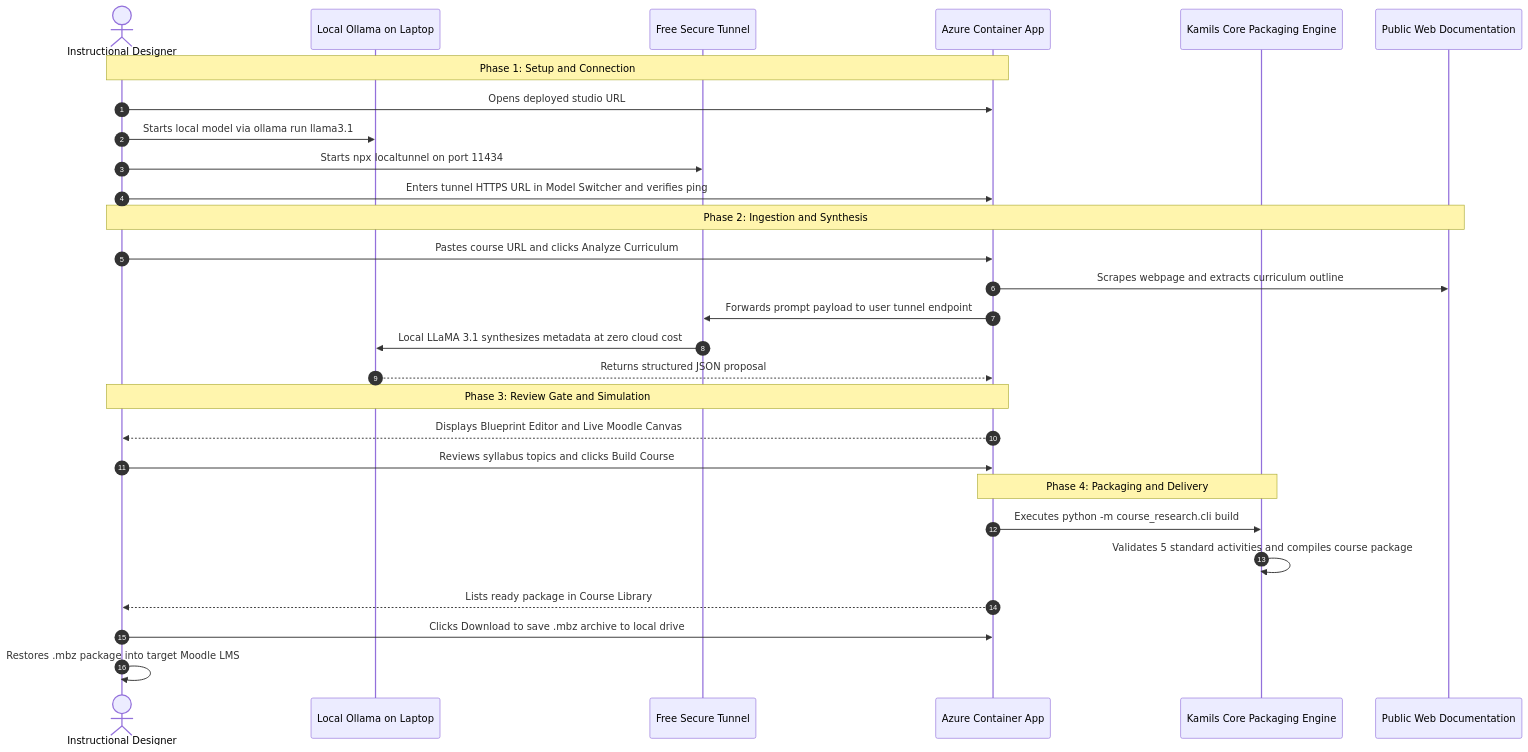
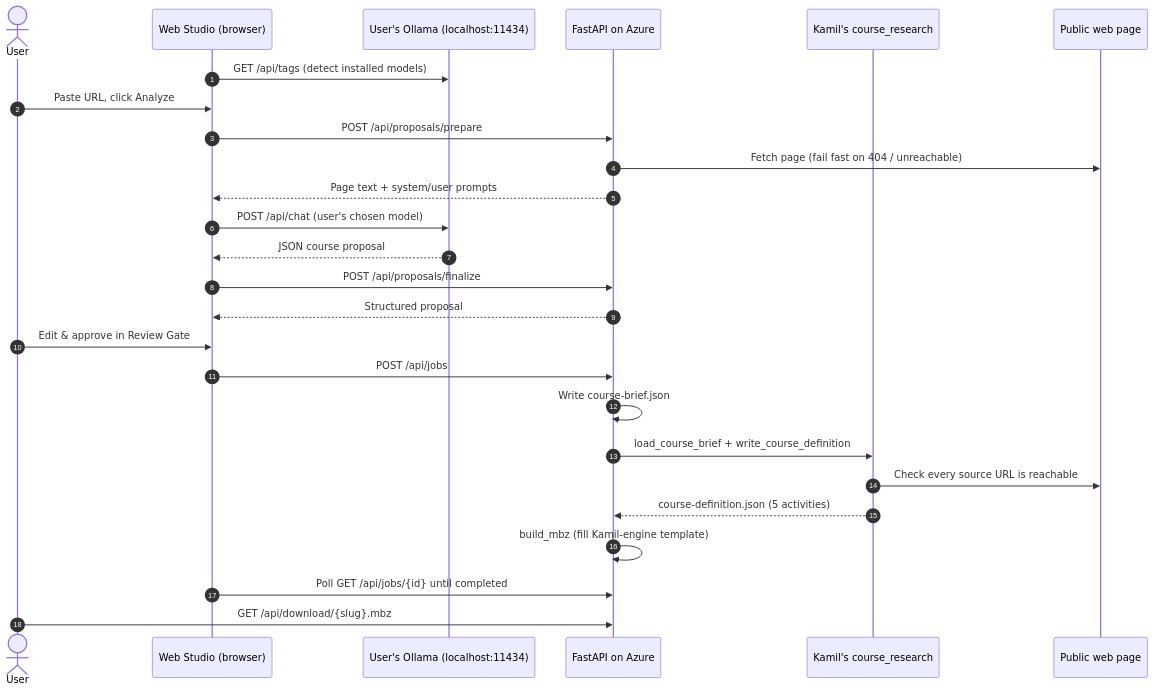
One commit to fusionAIx-TechPack/LMS01-fx-learning-agent changed the diagram in ARCHITECTURE.md. Above: the diagram before and after it, drawn with Mermaid. The commit also changed other lines of this file and 10 other files, not shown here.

````diff
--- a/ARCHITECTURE.md
+++ b/ARCHITECTURE.md
@@ -93,34 +58,29 @@
 ```mermaid
 sequenceDiagram
     autonumber
-    actor User as Instructional Designer
-    participant Ollama as Local Ollama on Laptop
-    participant Tunnel as Free Secure Tunnel
-    participant AzureApp as Azure Container App
-    participant KamilEngine as Kamils Core Packaging Engine
-    participant TargetWeb as Public Web Documentation
+    actor User
+    participant Browser as Web Studio (browser)
+    participant Ollama as User's Ollama (localhost:11434)
+    participant API as FastAPI on Azure
+    participant Engine as Kamil's course_research
+    participant Web as Public web page
 
-    Note over User,AzureApp: Phase 1: Setup and Connection
-    User->>AzureApp: Opens deployed studio URL
-    User->>Ollama: Starts local model via ollama run llama3.1
-    User->>Tunnel: Starts npx localtunnel on port 11434
-    User->>AzureApp: Enters tunnel HTTPS URL in Model Switcher and verifies ping
-
-    Note over User,TargetWeb: Phase 2: Ingestion and Synthesis
-    User->>AzureApp: Pastes course URL and clicks Analyze Curriculum
-    AzureApp->>TargetWeb: Scrapes webpage and extracts curriculum outline
-    AzureApp->>Tunnel: Forwards prompt payload to user tunnel endpoint
-    Tunnel->>Ollama: Local LLaMA 3.1 synthesizes metadata at zero cloud cost
-    Ollama-->>AzureApp: Returns structured JSON proposal
-    
-    Note over User,AzureApp: Phase 3: Review Gate and Simulation
-    AzureApp-->>User: Displays Blueprint Editor and Live Moodle Canvas
-    User->>AzureApp: Reviews syllabus topics and clicks Build Course
-
-    Note over AzureApp,KamilEngine: Phase 4: Packaging and Delivery
-    AzureApp->>KamilEngine: Executes python -m course_research.cli build
-    KamilEngine->>KamilEngine: Validates 5 standard activities and compiles course package
-    AzureApp-->>User: Lists ready package in Course Library
-    User->>AzureApp: Clicks Download to save .mbz archive to local drive
-    User->>User: Restores .mbz package into target Moodle LMS
+    Browser->>Ollama: GET /api/tags (detect installed models)
+    User->>Browser: Paste URL, click Analyze
+    Browser->>API: POST /api/proposals/prepare
+    API->>Web: Fetch page (fail fast on 404 / unreachable)
+    API-->>Browser: Page text + system/user prompts
+    Browser->>Ollama: POST /api/chat (user's chosen model)
+    Ollama-->>Browser: JSON course proposal
+    Browser->>API: POST /api/proposals/finalize
+    API-->>Browser: Structured proposal
+    User->>Browser: Edit & approve in Review Gate
+    Browser->>API: POST /api/jobs
+    API->>API: Write course-brief.json
+    API->>Engine: load_course_brief + write_course_definition
+    Engine->>Web: Check every source URL is reachable
+    Engine-->>API: course-definition.json (5 activities)
+    API->>API: build_mbz (fill Kamil-engine template)
+    Browser->>API: Poll GET /api/jobs/{id} until completed
+    User->>API: GET /api/download/{slug}.mbz
 ```
````
